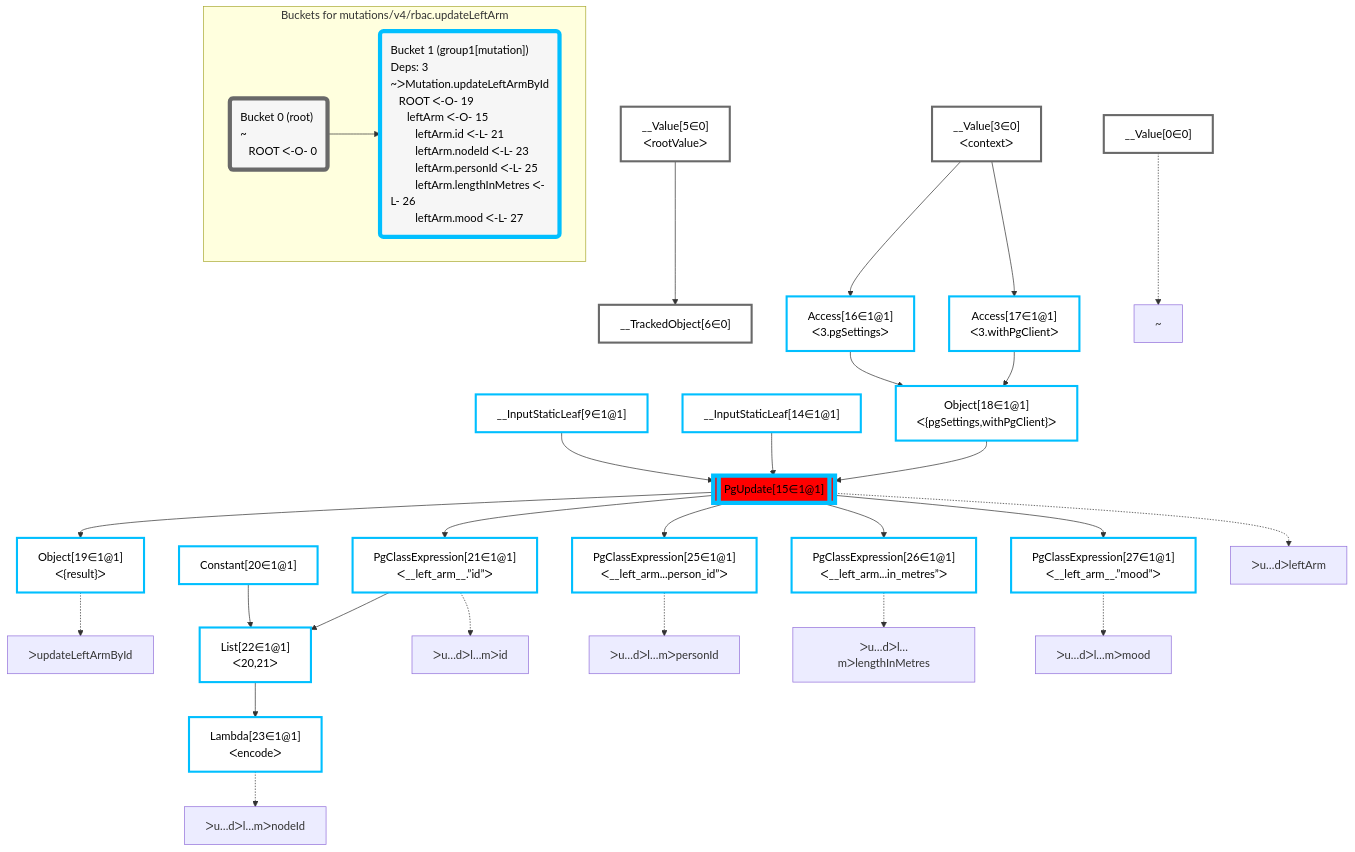
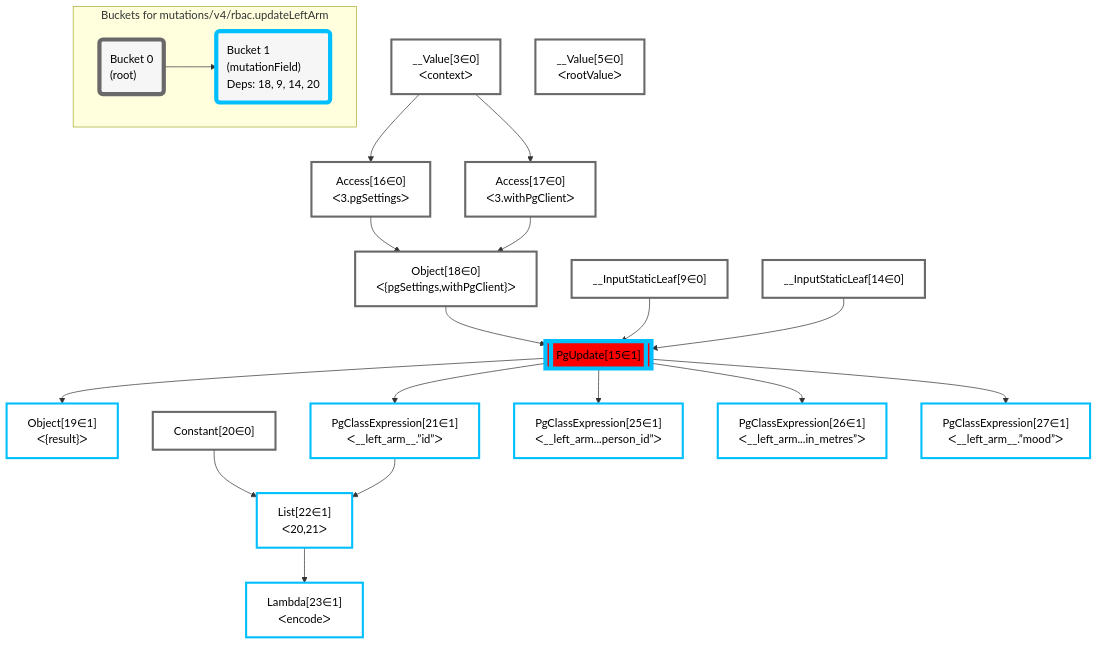
One commit to graphile/crystal changed the diagram in packages/postgraphile/__tests__/mutations/v4/rbac.updateLeftArm.mermaid. Above: the diagram before and after it, drawn with Mermaid. The commit also changed 48 other files, not shown here.

```diff
--- a/packages/postgraphile/__tests__/mutations/v4/rbac.updateLeftArm.mermaid
+++ b/packages/postgraphile/__tests__/mutations/v4/rbac.updateLeftArm.mermaid
@@ -1,69 +1,50 @@
 graph TD
     classDef path fill:#eee,stroke:#000,color:#000
     classDef plan fill:#fff,stroke-width:3px,color:#000
     classDef itemplan fill:#fff,stroke-width:6px,color:#000
     classDef sideeffectplan fill:#f00,stroke-width:6px,color:#000
     classDef bucket fill:#f6f6f6,color:#000,stroke-width:6px,text-align:left
 
 
-    %% define plans
-    __Value0["__Value[0∈0]"]:::plan
+    %% define steps
     __Value3["__Value[3∈0]<br />ᐸcontextᐳ"]:::plan
     __Value5["__Value[5∈0]<br />ᐸrootValueᐳ"]:::plan
-    __TrackedObject6["__TrackedObject[6∈0]"]:::plan
-    __InputStaticLeaf9["__InputStaticLeaf[9∈1@1]"]:::plan
-    __InputStaticLeaf14["__InputStaticLeaf[14∈1@1]"]:::plan
-    Access16["Access[16∈1@1]<br />ᐸ3.pgSettingsᐳ"]:::plan
-    Access17["Access[17∈1@1]<br />ᐸ3.withPgClientᐳ"]:::plan
-    Object18["Object[18∈1@1]<br />ᐸ{pgSettings,withPgClient}ᐳ"]:::plan
-    PgUpdate15[["PgUpdate[15∈1@1]"]]:::sideeffectplan
-    Object19["Object[19∈1@1]<br />ᐸ{result}ᐳ"]:::plan
-    Constant20["Constant[20∈1@1]"]:::plan
-    PgClassExpression21["PgClassExpression[21∈1@1]<br />ᐸ__left_arm__.”id”ᐳ"]:::plan
-    List22["List[22∈1@1]<br />ᐸ20,21ᐳ"]:::plan
-    Lambda23["Lambda[23∈1@1]<br />ᐸencodeᐳ"]:::plan
-    PgClassExpression25["PgClassExpression[25∈1@1]<br />ᐸ__left_arm...person_id”ᐳ"]:::plan
-    PgClassExpression26["PgClassExpression[26∈1@1]<br />ᐸ__left_arm...in_metres”ᐳ"]:::plan
-    PgClassExpression27["PgClassExpression[27∈1@1]<br />ᐸ__left_arm__.”mood”ᐳ"]:::plan
+    __InputStaticLeaf9["__InputStaticLeaf[9∈0]"]:::plan
+    __InputStaticLeaf14["__InputStaticLeaf[14∈0]"]:::plan
+    Access16["Access[16∈0]<br />ᐸ3.pgSettingsᐳ"]:::plan
+    Access17["Access[17∈0]<br />ᐸ3.withPgClientᐳ"]:::plan
+    Object18["Object[18∈0]<br />ᐸ{pgSettings,withPgClient}ᐳ"]:::plan
+    PgUpdate15[["PgUpdate[15∈1]"]]:::sideeffectplan
+    Object19["Object[19∈1]<br />ᐸ{result}ᐳ"]:::plan
+    Constant20["Constant[20∈0]"]:::plan
+    PgClassExpression21["PgClassExpression[21∈1]<br />ᐸ__left_arm__.”id”ᐳ"]:::plan
+    List22["List[22∈1]<br />ᐸ20,21ᐳ"]:::plan
+    Lambda23["Lambda[23∈1]<br />ᐸencodeᐳ"]:::plan
+    PgClassExpression25["PgClassExpression[25∈1]<br />ᐸ__left_arm...person_id”ᐳ"]:::plan
+    PgClassExpression26["PgClassExpression[26∈1]<br />ᐸ__left_arm...in_metres”ᐳ"]:::plan
+    PgClassExpression27["PgClassExpression[27∈1]<br />ᐸ__left_arm__.”mood”ᐳ"]:::plan
 
     %% plan dependencies
-    __Value5 --> __TrackedObject6
     __Value3 --> Access16
     __Value3 --> Access17
     Access16 & Access17 --> Object18
     Object18 & __InputStaticLeaf9 & __InputStaticLeaf14 --> PgUpdate15
     PgUpdate15 --> Object19
     PgUpdate15 --> PgClassExpression21
     Constant20 & PgClassExpression21 --> List22
     List22 --> Lambda23
     PgUpdate15 --> PgClassExpression25
     PgUpdate15 --> PgClassExpression26
     PgUpdate15 --> PgClassExpression27
 
     %% plan-to-path relationships
-    P0["~"]
-    __Value0 -.-> P0
-    P15["ᐳu…dᐳleftArm"]
-    PgUpdate15 -.-> P15
-    P19["ᐳupdateLeftArmById"]
-    Object19 -.-> P19
-    P21["ᐳu…dᐳl…mᐳid"]
-    PgClassExpression21 -.-> P21
-    P23["ᐳu…dᐳl…mᐳnodeId"]
-    Lambda23 -.-> P23
-    P25["ᐳu…dᐳl…mᐳpersonId"]
-    PgClassExpression25 -.-> P25
-    P26["ᐳu…dᐳl…mᐳlengthInMetres"]
-    PgClassExpression26 -.-> P26
-    P27["ᐳu…dᐳl…mᐳmood"]
-    PgClassExpression27 -.-> P27
 
     subgraph "Buckets for mutations/v4/rbac.updateLeftArm"
-    Bucket0("Bucket 0 (root)<br />~<br />⠀ROOT ᐸ-O- 0"):::bucket
+    Bucket0("Bucket 0<br />(root)"):::bucket
     classDef bucket0 stroke:#696969
-    class Bucket0,__Value0,__Value3,__Value5,__TrackedObject6 bucket0
-    Bucket1("Bucket 1 (group1[mutation])<br />Deps: 3<br />~ᐳMutation.updateLeftArmById<br />⠀ROOT ᐸ-O- 19<br />⠀⠀leftArm ᐸ-O- 15<br />⠀⠀⠀leftArm.id ᐸ-L- 21<br />⠀⠀⠀leftArm.nodeId ᐸ-L- 23<br />⠀⠀⠀leftArm.personId ᐸ-L- 25<br />⠀⠀⠀leftArm.lengthInMetres ᐸ-L- 26<br />⠀⠀⠀leftArm.mood ᐸ-L- 27"):::bucket
+    class Bucket0,__Value3,__Value5,__InputStaticLeaf9,__InputStaticLeaf14,Access16,Access17,Object18,Constant20 bucket0
+    Bucket1("Bucket 1<br />(mutationField)<br />Deps: 18, 9, 14, 20"):::bucket
     classDef bucket1 stroke:#00bfff
-    class Bucket1,__InputStaticLeaf9,__InputStaticLeaf14,PgUpdate15,Access16,Access17,Object18,Object19,Constant20,PgClassExpression21,List22,Lambda23,PgClassExpression25,PgClassExpression26,PgClassExpression27 bucket1
+    class Bucket1,PgUpdate15,Object19,PgClassExpression21,List22,Lambda23,PgClassExpression25,PgClassExpression26,PgClassExpression27 bucket1
     Bucket0 --> Bucket1
     end
```
